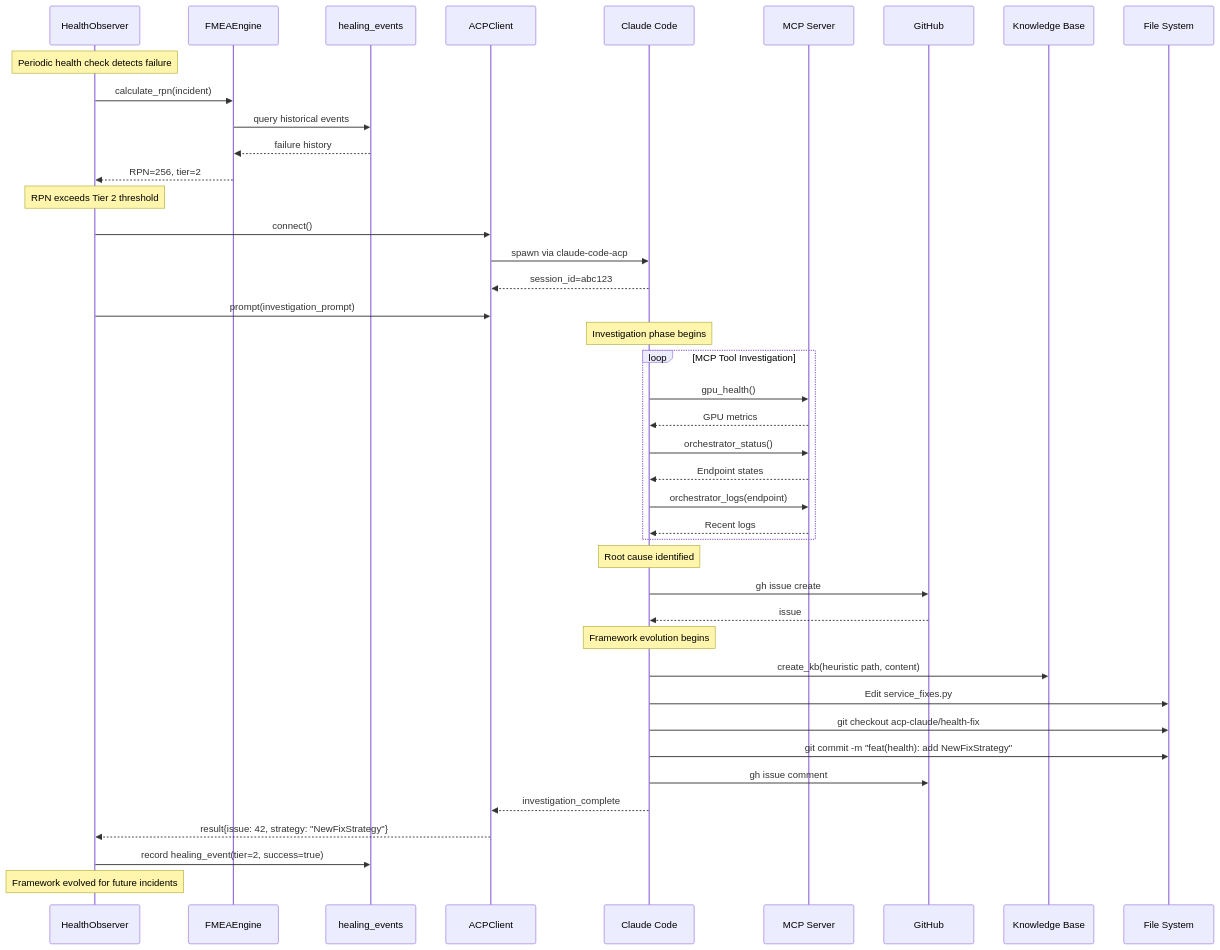
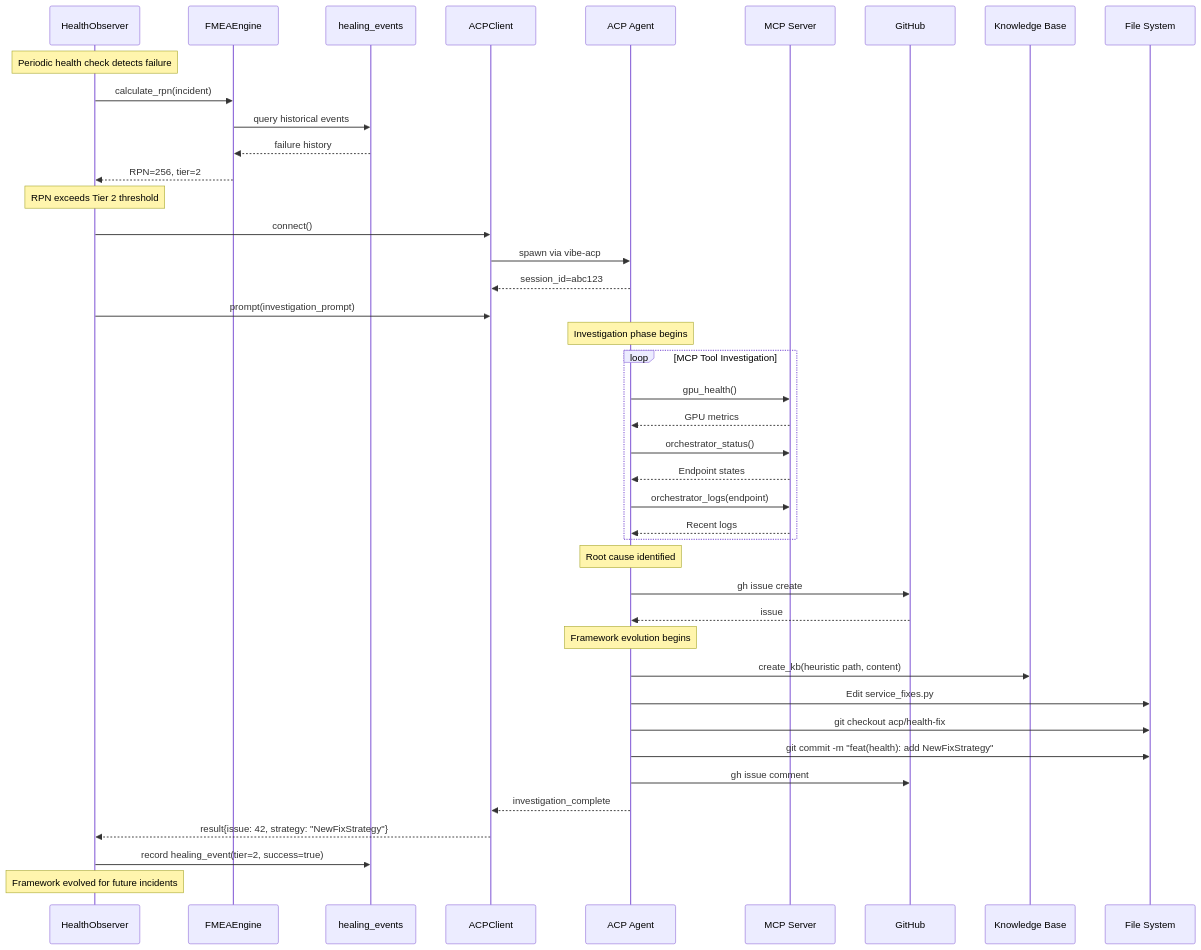
The second of 3 diagrams in src/gaius/acp/MAINTENANCE.md (zndx/gaius), drawn with Mermaid before and after one commit. The commit also changed other lines of this file and 22 other files, not shown here.

First line of the commit message:
refactor(acp): replace Claude Code references with Mistral Vibe

````diff
--- a/src/gaius/acp/MAINTENANCE.md
+++ b/src/gaius/acp/MAINTENANCE.md
@@ -349,58 +349,58 @@
 ```mermaid
 sequenceDiagram
     participant HO as HealthObserver
     participant FMEA as FMEAEngine
     participant DB as healing_events
     participant ACP as ACPClient
-    participant CC as Claude Code
+    participant CC as ACP Agent
     participant MCP as MCP Server
     participant GH as GitHub
     participant KB as Knowledge Base
     participant FS as File System
 
     Note over HO: Periodic health check detects failure
 
     HO->>FMEA: calculate_rpn(incident)
     FMEA->>DB: query historical events
     DB-->>FMEA: failure history
     FMEA-->>HO: RPN=256, tier=2
 
     Note over HO: RPN exceeds Tier 2 threshold
 
     HO->>ACP: connect()
-    ACP->>CC: spawn via claude-code-acp
+    ACP->>CC: spawn via vibe-acp
     CC-->>ACP: session_id=abc123
 
     HO->>ACP: prompt(investigation_prompt)
 
     Note over CC: Investigation phase begins
 
     loop MCP Tool Investigation
         CC->>MCP: gpu_health()
         MCP-->>CC: GPU metrics
         CC->>MCP: orchestrator_status()
         MCP-->>CC: Endpoint states
         CC->>MCP: orchestrator_logs(endpoint)
         MCP-->>CC: Recent logs
     end
 
     Note over CC: Root cause identified
 
     CC->>GH: gh issue create
     GH-->>CC: issue #42
 
     Note over CC: Framework evolution begins
 
     CC->>KB: create_kb(heuristic path, content)
     CC->>FS: Edit service_fixes.py
-    CC->>FS: git checkout acp-claude/health-fix
+    CC->>FS: git checkout acp/health-fix
     CC->>FS: git commit -m "feat(health): add NewFixStrategy"
     CC->>GH: gh issue comment #42
 
     CC-->>ACP: investigation_complete
     ACP-->>HO: result{issue: 42, strategy: "NewFixStrategy"}
 
     HO->>DB: record healing_event(tier=2, success=true)
 
     Note over HO: Framework evolved for future incidents
 ```
````
